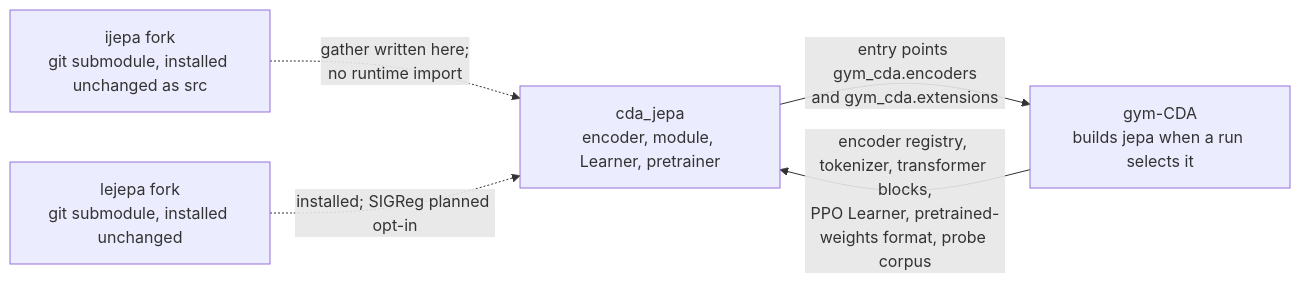
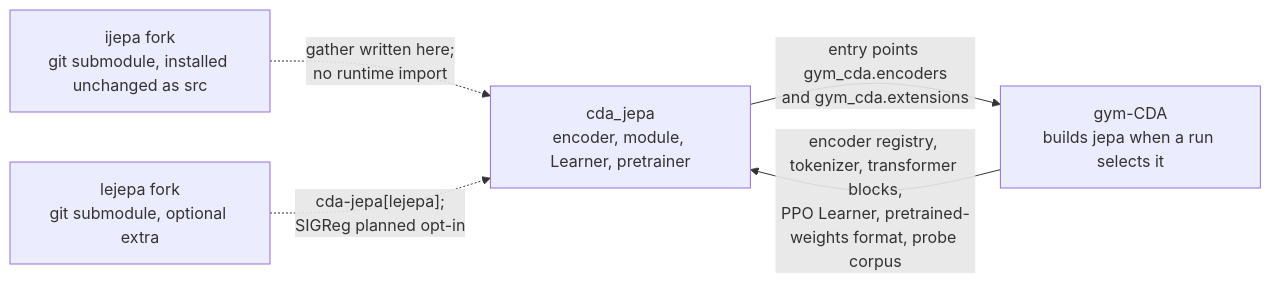
One commit to ChuaCheowHuan/cda_jepa changed the diagram in README.md. Above: the diagram before and after it, drawn with Mermaid. The commit also changed other lines of this file and 9 other files, not shown here.

First line of the commit message:
Fix mask stream stability, optional LeJEPA, and upstream tests

````diff
--- a/README.md
+++ b/README.md
@@ -19,7 +19,7 @@
 ```mermaid
 flowchart LR
     IJ["ijepa fork<br/>git submodule, installed unchanged as src"] -.->|"gather written here;<br/>no runtime import"| CJ["cda_jepa<br/>encoder, module, Learner, pretrainer"]
-    LJ["lejepa fork<br/>git submodule, installed unchanged"] -.->|"installed; SIGReg planned opt-in"| CJ
+    LJ["lejepa fork<br/>git submodule, optional extra"] -.->|"cda-jepa[lejepa];<br/>SIGReg planned opt-in"| CJ
     CJ -->|"entry points gym_cda.encoders<br/>and gym_cda.extensions"| GYM["gym-CDA<br/>builds jepa when a run selects it"]
     GYM -->|"encoder registry, tokenizer, transformer blocks,<br/>PPO Learner, pretrained-weights format, probe corpus"| CJ
 ```
````
